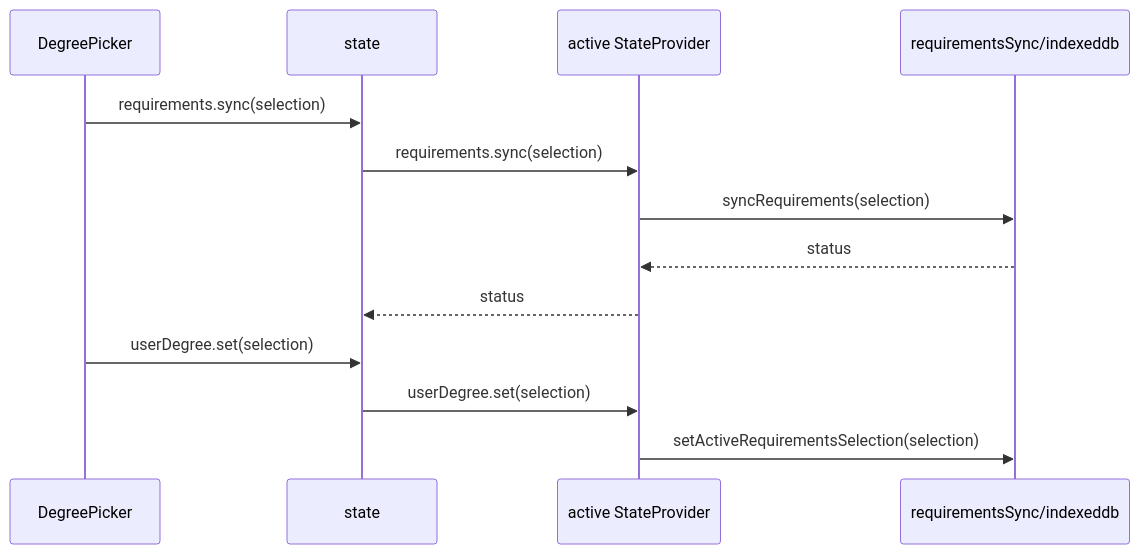
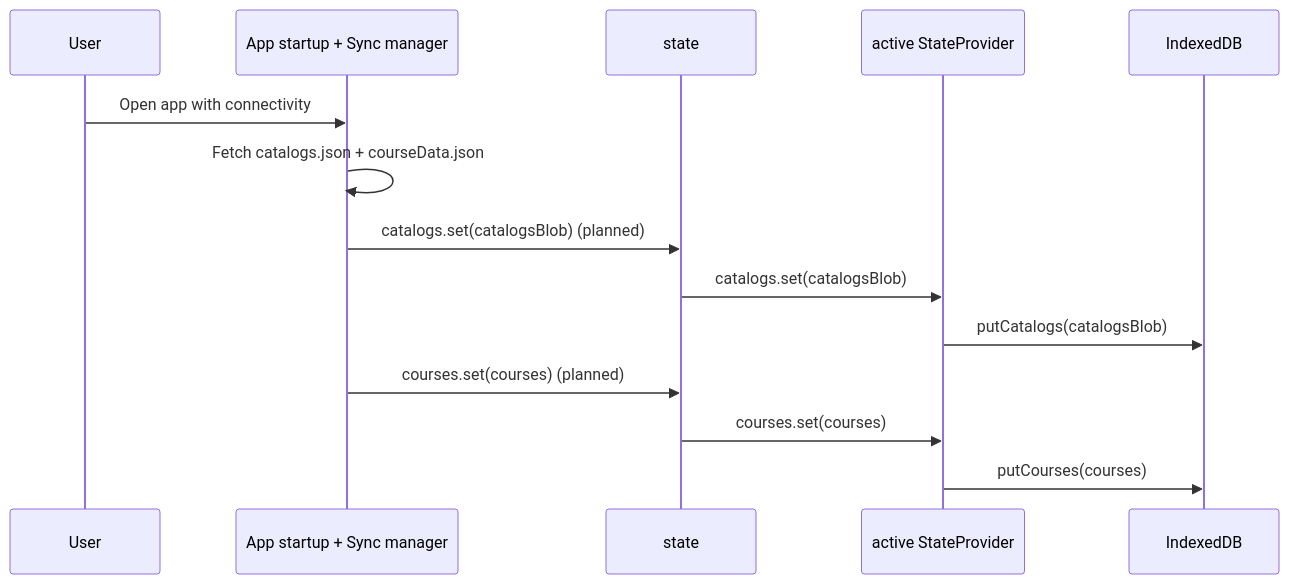
Before and after one commit to selfint/planit: the eighth of 8 diagrams in src/lib/stateManagement.md, drawn with Mermaid. The commit also changed other lines of this file and 9 other files, not shown here.

````diff
--- a/src/lib/stateManagement.md
+++ b/src/lib/stateManagement.md
@@ -146,16 +345,17 @@
 ```mermaid
 sequenceDiagram
-  participant Picker as DegreePicker
-  participant State as state
-  participant Provider as active StateProvider
-  participant Sync as requirementsSync/indexeddb
+  participant U as User
+  participant App as App startup + Sync manager
+  participant S as state
+  participant SP as active StateProvider
+  participant DB as IndexedDB
 
-  Picker->>State: requirements.sync(selection)
-  State->>Provider: requirements.sync(selection)
-  Provider->>Sync: syncRequirements(selection)
-  Sync-->>Provider: status
-  Provider-->>State: status
-  Picker->>State: userDegree.set(selection)
-  State->>Provider: userDegree.set(selection)
-  Provider->>Sync: setActiveRequirementsSelection(selection)
+  U->>App: Open app with connectivity
+  App->>App: Fetch catalogs.json + courseData.json
+  App->>S: catalogs.set(catalogsBlob) (planned)
+  S->>SP: catalogs.set(catalogsBlob)
+  SP->>DB: putCatalogs(catalogsBlob)
+  App->>S: courses.set(courses) (planned)
+  S->>SP: courses.set(courses)
+  SP->>DB: putCourses(courses)
 ```
````
